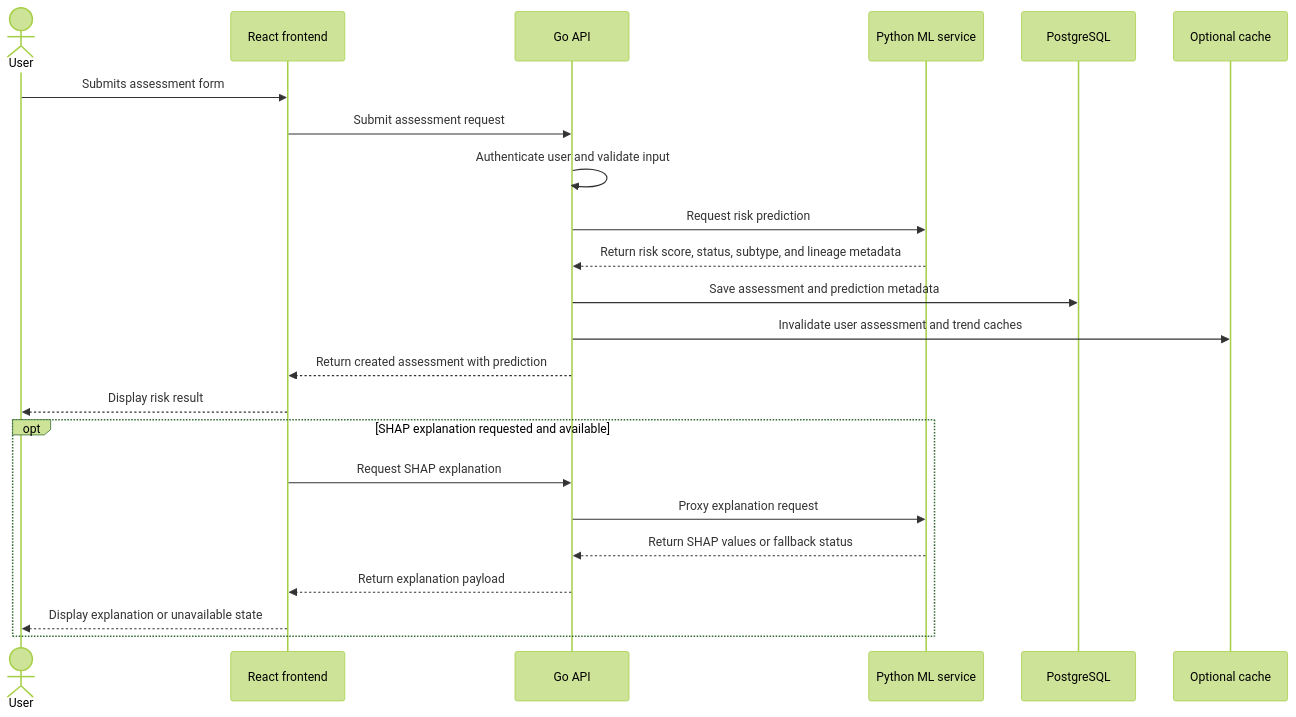
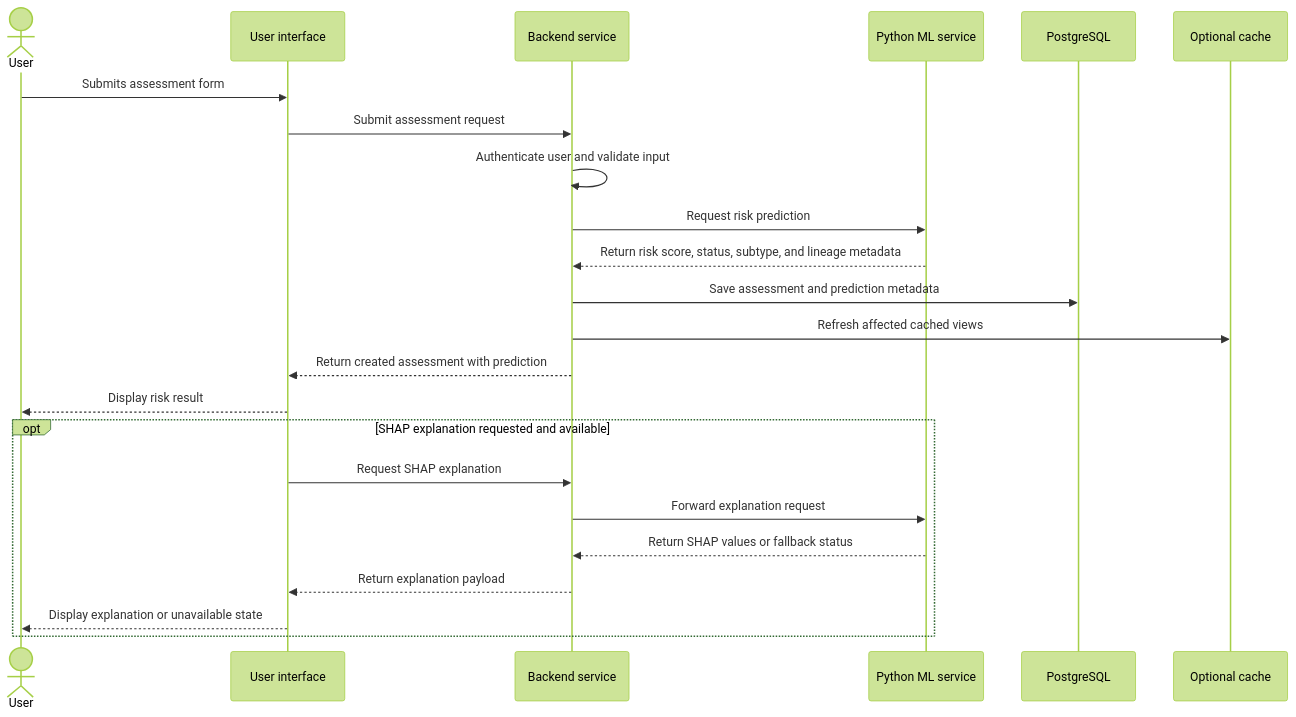
One commit to Skufu/DianaV2 changed the fifth of 5 diagrams in docs/07-research/thesis-drafts/ch3+4-final-academic-draft.md. Above: the diagram before and after it, drawn with Mermaid (forest theme). The commit also changed other lines of this file, not shown here.

````diff
--- a/docs/07-research/thesis-drafts/ch3+4-final-academic-draft.md
+++ b/docs/07-research/thesis-drafts/ch3+4-final-academic-draft.md
@@ -355,27 +355,27 @@
 ```mermaid
 sequenceDiagram
     actor User
-    participant FE as React frontend
-    participant API as Go API
+    participant FE as User interface
+    participant API as Backend service
     participant ML as Python ML service
     participant DB as PostgreSQL
     participant Cache as Optional cache
 
     User->>FE: Submits assessment form
     FE->>API: Submit assessment request
     API->>API: Authenticate user and validate input
     API->>ML: Request risk prediction
     ML-->>API: Return risk score, status, subtype, and lineage metadata
     API->>DB: Save assessment and prediction metadata
-    API->>Cache: Invalidate user assessment and trend caches
+    API->>Cache: Refresh affected cached views
     API-->>FE: Return created assessment with prediction
     FE-->>User: Display risk result
 
     opt SHAP explanation requested and available
         FE->>API: Request SHAP explanation
-        API->>ML: Proxy explanation request
+        API->>ML: Forward explanation request
         ML-->>API: Return SHAP values or fallback status
         API-->>FE: Return explanation payload
         FE-->>User: Display explanation or unavailable state
     end
 ```
````
